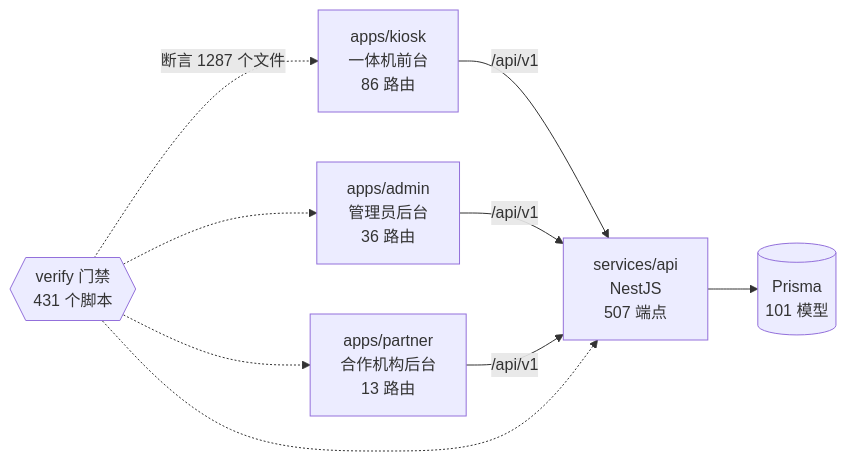
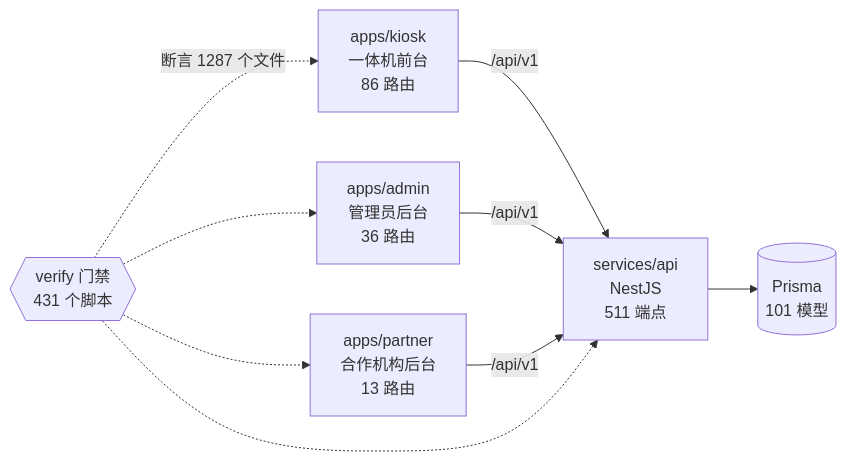
Before and after one commit to wanglei581/YITIJI: the diagram in docs/graph/README.md, drawn with Mermaid. The commit also changed other lines of this file and 19 other files, not shown here.

````diff
--- a/docs/graph/README.md
+++ b/docs/graph/README.md
@@ -68,18 +68,18 @@
 ```mermaid
 flowchart LR
   kiosk["apps/kiosk<br/>一体机前台<br/>86 路由"]
   admin["apps/admin<br/>管理员后台<br/>36 路由"]
   partner["apps/partner<br/>合作机构后台<br/>13 路由"]
-  api["services/api<br/>NestJS<br/>507 端点"]
+  api["services/api<br/>NestJS<br/>511 端点"]
   db[("Prisma<br/>101 模型")]
   gates{{"verify 门禁<br/>431 个脚本"}}
 
   kiosk -->|"/api/v1"| api
   admin -->|"/api/v1"| api
   partner -->|"/api/v1"| api
   api --> db
   gates -.->|"断言 1287 个文件"| kiosk
   gates -.-> admin
   gates -.-> partner
   gates -.-> api
 ```
````
